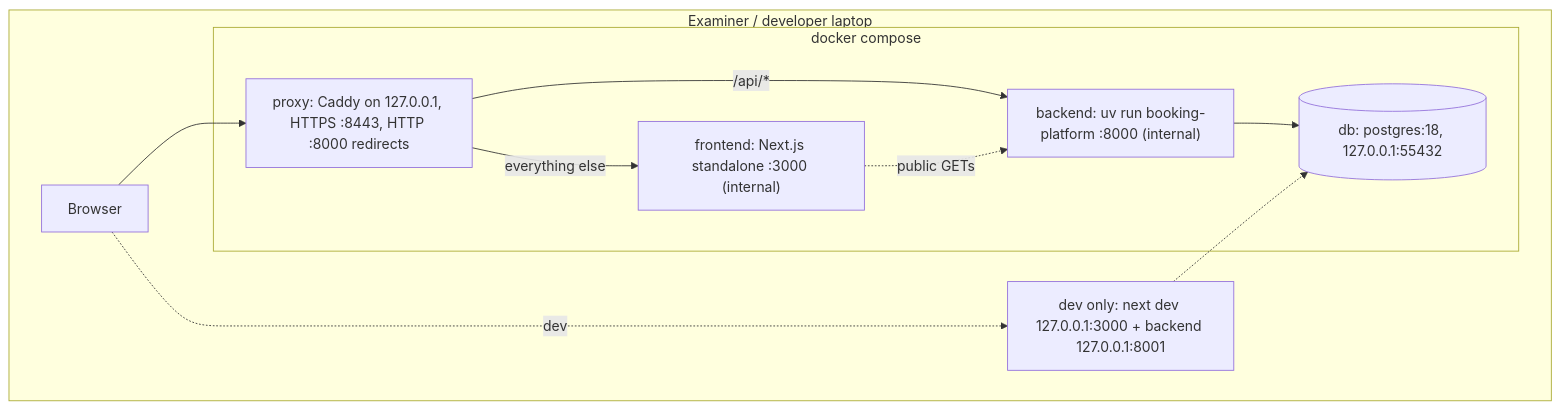
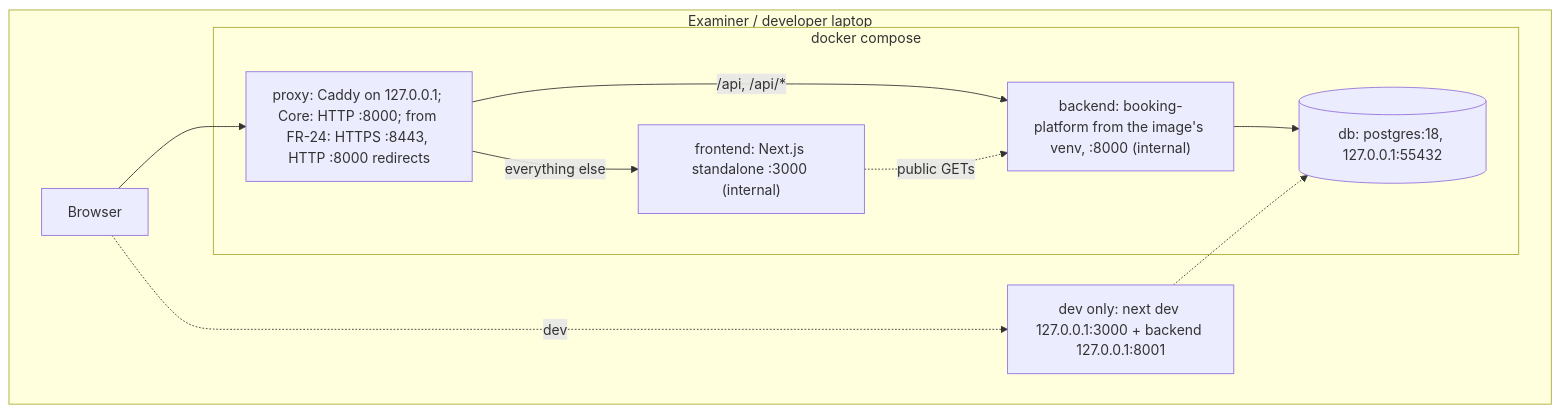
Before and after one commit to IBE160-2026/G78-larsen: the second of 3 diagrams in .docs/planning-artifacts/architecture/architecture-booking-platform-2026-11-03/ARCHITECTURE-SPINE.md, drawn with Mermaid. The commit also changed other lines of this file and 7 other files, not shown here.

````diff
--- a/.docs/planning-artifacts/architecture/architecture-booking-platform-2026-11-03/ARCHITECTURE-SPINE.md
+++ b/.docs/planning-artifacts/architecture/architecture-booking-platform-2026-11-03/ARCHITECTURE-SPINE.md
@@ -474,20 +482,20 @@
 ```mermaid
 flowchart TB
   subgraph Laptop["Examiner / developer laptop"]
     B[Browser]
     subgraph Dk["docker compose"]
-      PX["proxy: Caddy on 127.0.0.1, HTTPS :8443, HTTP :8000 redirects"]
-      BE["backend: uv run booking-platform :8000 (internal)"]
+      PX["proxy: Caddy on 127.0.0.1; Core: HTTP :8000; from FR-24: HTTPS :8443, HTTP :8000 redirects"]
+      BE["backend: booking-platform from the image's venv, :8000 (internal)"]
       FE["frontend: Next.js standalone :3000 (internal)"]
       PG[("db: postgres:18, 127.0.0.1:55432")]
     end
     DEV["dev only: next dev 127.0.0.1:3000 + backend 127.0.0.1:8001"]
   end
   B --> PX
-  PX -->|"/api/*"| BE
+  PX -->|"/api, /api/*"| BE
   PX -->|"everything else"| FE
   FE -.->|"public GETs"| BE
   BE --> PG
   B -.->|dev| DEV
   DEV -.-> PG
 ```
````
